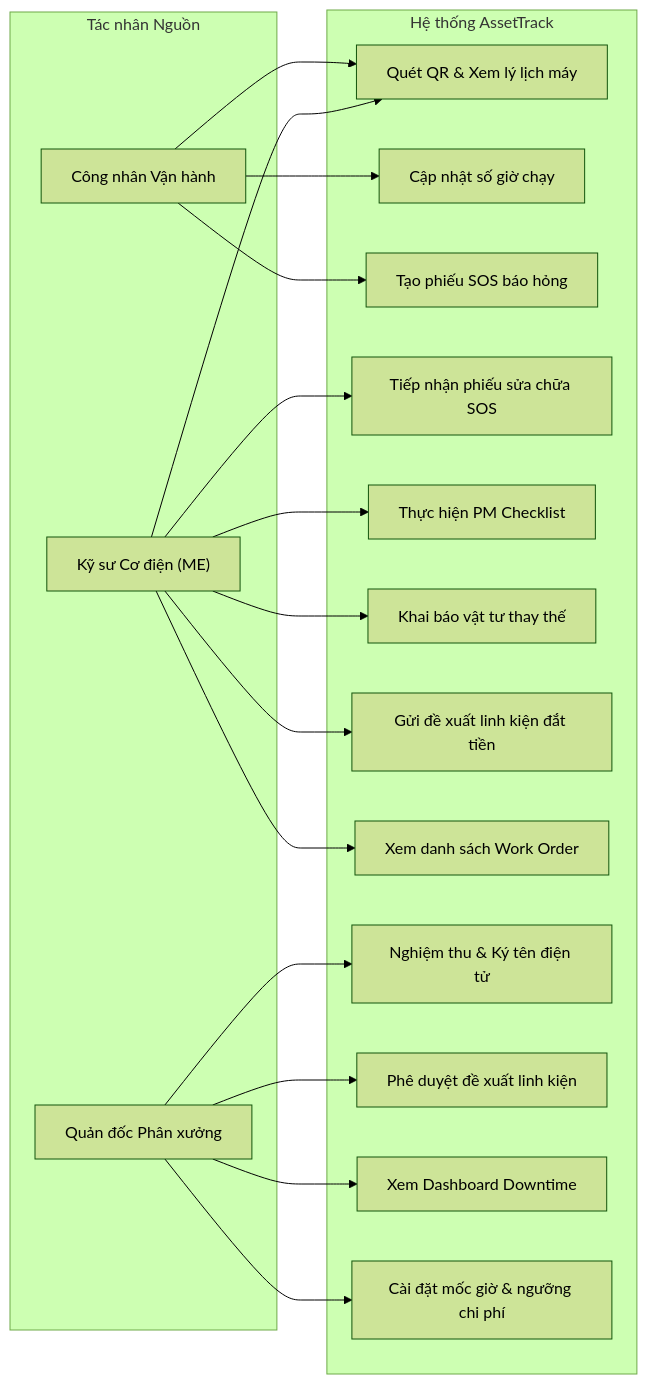
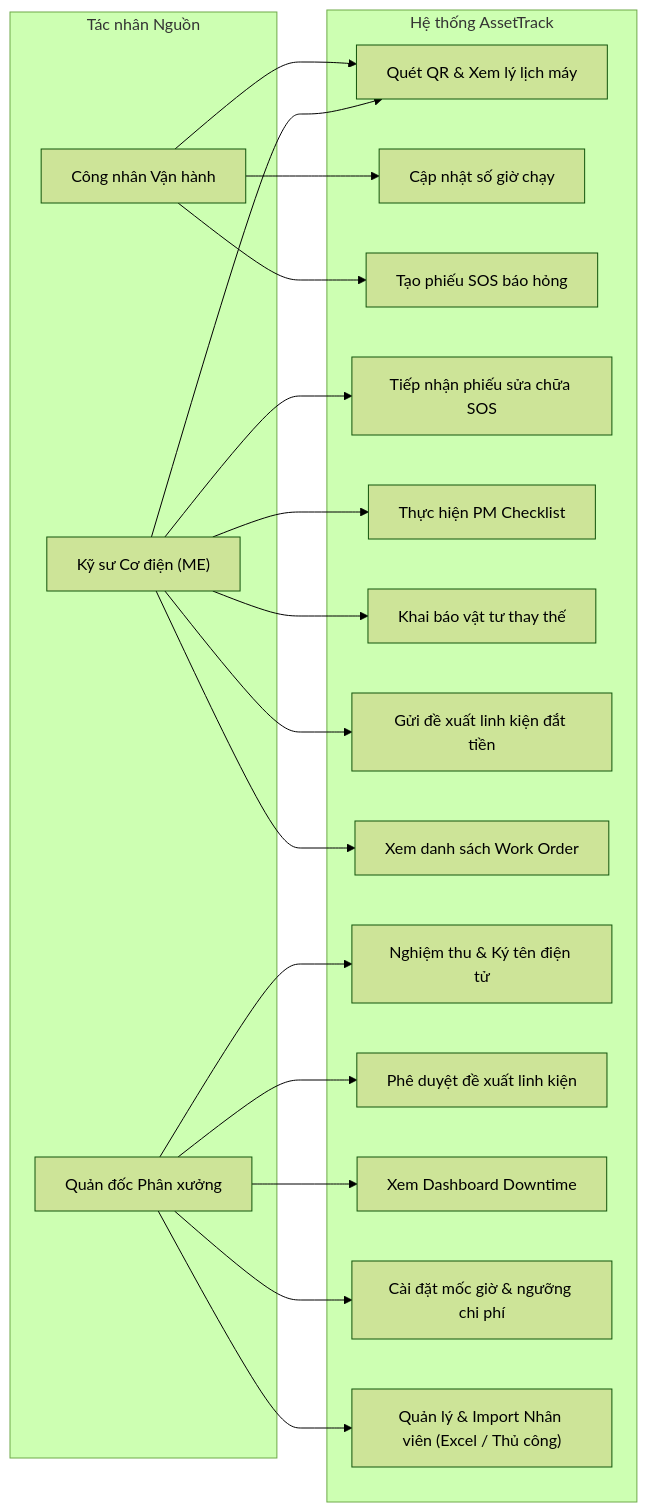
The first of 12 diagrams in system_design.md (pvduy23052005/cse441-mobile-asset-track), drawn with Mermaid (forest theme) before and after one commit. The commit also changed other lines of this file and 2 other files, not shown here.

Commit message:
docs: add workshop employee management and batch excel import feature for supervisor

````diff
--- a/system_design.md
+++ b/system_design.md
@@ -32,39 +33,41 @@
 ```mermaid
 flowchart LR
     subgraph Actors["Tác nhân Nguồn"]
         Operator["Công nhân Vận hành"]
         ME["Kỹ sư Cơ điện (ME)"]
         Supervisor["Quản đốc Phân xưởng"]
     end
 
     subgraph System["Hệ thống AssetTrack"]
         UC_ScanQR["Quét QR & Xem lý lịch máy"]
         UC_LogHours["Cập nhật số giờ chạy"]
         UC_CreateSOS["Tạo phiếu SOS báo hỏng"]
         UC_ClaimSOS["Tiếp nhận phiếu sửa chữa SOS"]
         UC_ExecutePM["Thực hiện PM Checklist"]
         UC_LogParts["Khai báo vật tư thay thế"]
         UC_SubmitSpareParts["Gửi đề xuất linh kiện đắt tiền"]
         UC_ViewWorkOrderList["Xem danh sách Work Order"]
         UC_SignOff["Nghiệm thu & Ký tên điện tử"]
         UC_ApproveParts["Phê duyệt đề xuất linh kiện"]
         UC_ViewDashboard["Xem Dashboard Downtime"]
         UC_ConfigPM["Cài đặt mốc giờ & ngưỡng chi phí"]
+        UC_ManageUsers["Quản lý & Import Nhân viên (Excel / Thủ công)"]
     end
 
     Operator --> UC_ScanQR
     Operator --> UC_LogHours
     Operator --> UC_CreateSOS
 
     ME --> UC_ScanQR
     ME --> UC_ClaimSOS
     ME --> UC_ExecutePM
     ME --> UC_LogParts
     ME --> UC_SubmitSpareParts
     ME --> UC_ViewWorkOrderList
 
     Supervisor --> UC_SignOff
     Supervisor --> UC_ApproveParts
     Supervisor --> UC_ViewDashboard
     Supervisor --> UC_ConfigPM
+    Supervisor --> UC_ManageUsers
 ```
````
